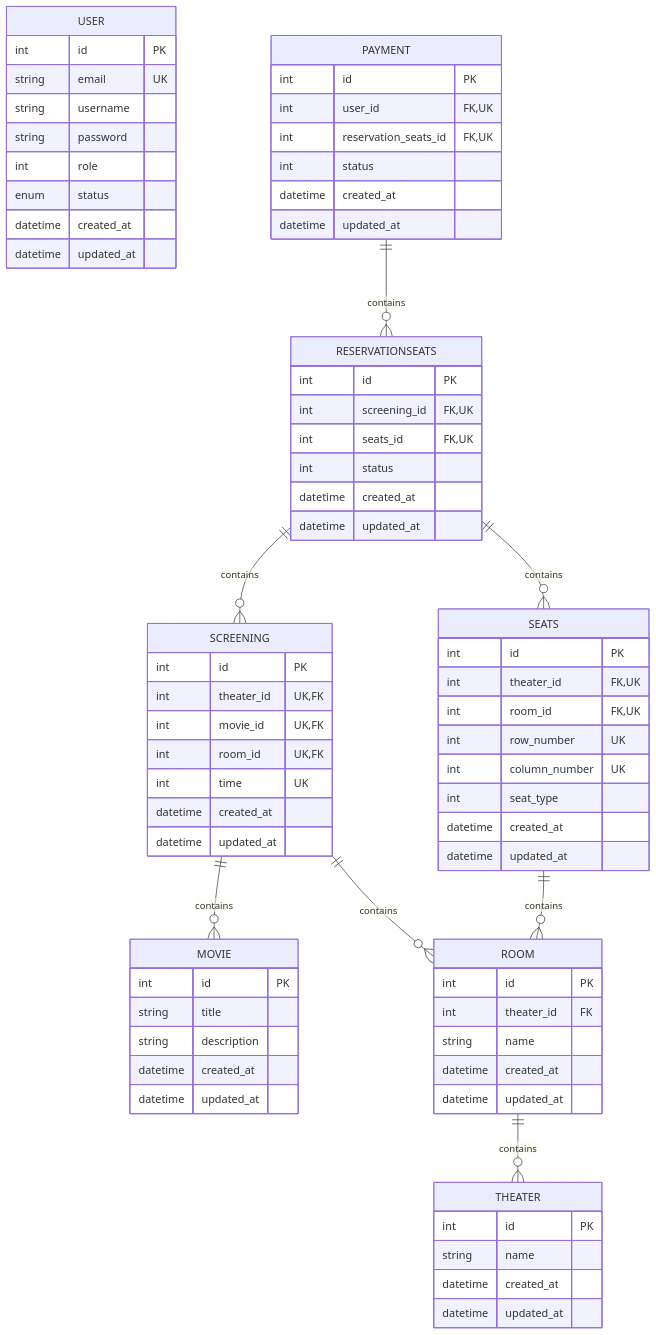
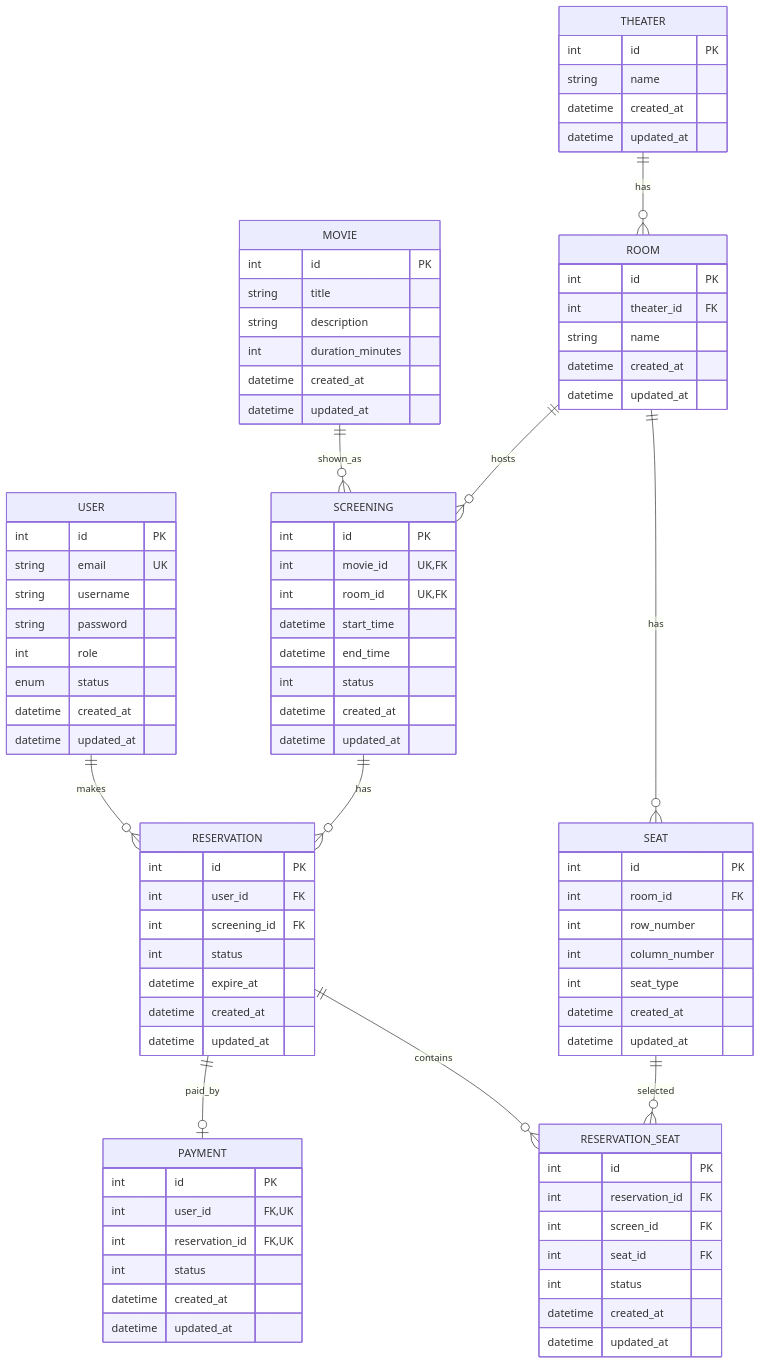
Before and after one commit to Reserix/reserix-api: the diagram in docs/database/README.md, drawn with Mermaid.

Commit message:
Update the database entity for issue #4

````diff
--- a/docs/database/README.md
+++ b/docs/database/README.md
@@ -19,6 +19,7 @@
         int id PK
         string title 
         string description
+        int duration_minutes
         datetime created_at
         datetime updated_at
     }
@@ -38,12 +39,11 @@
         datetime updated_at
     }
 
-    SEATS {
+    SEAT {
         int id PK
-        int theater_id FK, UK
-        int room_id FK, UK 
-        int row_number UK
-        int column_number UK
+        int room_id FK 
+        int row_number
+        int column_number
         int seat_type
         datetime created_at
         datetime updated_at
@@ -51,18 +51,30 @@
   
     SCREENING {
         int id PK
-        int theater_id UK, FK
         int movie_id UK, FK
         int room_id UK, FK
-        int time UK
+        datetime start_time
+        datetime end_time
+        int status
+        datetime created_at
+        datetime updated_at
+    }
+    
+    RESERVATION {
+        int id PK
+        int user_id FK
+        int screening_id FK
+        int status
+        datetime expire_at
         datetime created_at
         datetime updated_at
     }
 
-    RESERVATIONSEATS {
+    RESERVATION_SEAT {
         int id PK
-        int screening_id FK, UK
-        int seats_id FK, UK
+        int reservation_id FK
+        int screen_id FK
+        int seat_id FK
         int status
         datetime created_at
         datetime updated_at
@@ -71,20 +83,21 @@
     PAYMENT {
         int id PK
         int user_id FK, UK
-        int reservation_seats_id FK, UK
+        int reservation_id FK, UK
         int status
         datetime created_at
         datetime updated_at
     }
 
-    RESERVATIONSEATS || --o{ SCREENING : "contains"
-    RESERVATIONSEATS || --o{ SEATS : "contains"
+    THEATER ||--o{ ROOM : has
+    ROOM ||--o{ SEAT : has
+    ROOM ||--o{ SCREENING : hosts
+    MOVIE ||--o{ SCREENING : shown_as
 
-    SEATS || --o{ ROOM : "contains"
-    ROOM || --o{ THEATER: "contains"
+    USER ||--o{ RESERVATION : makes
+    SCREENING ||--o{ RESERVATION : has
+    RESERVATION ||--o{ RESERVATION_SEAT : contains
+    SEAT ||--o{ RESERVATION_SEAT : selected
 
-    SCREENING || --o{ ROOM: "contains"
-    SCREENING || --o{ MOVIE: "contains"
-
-    PAYMENT || --o{ RESERVATIONSEATS: "contains"
+    RESERVATION ||--o| PAYMENT : paid_by
 ```
````
